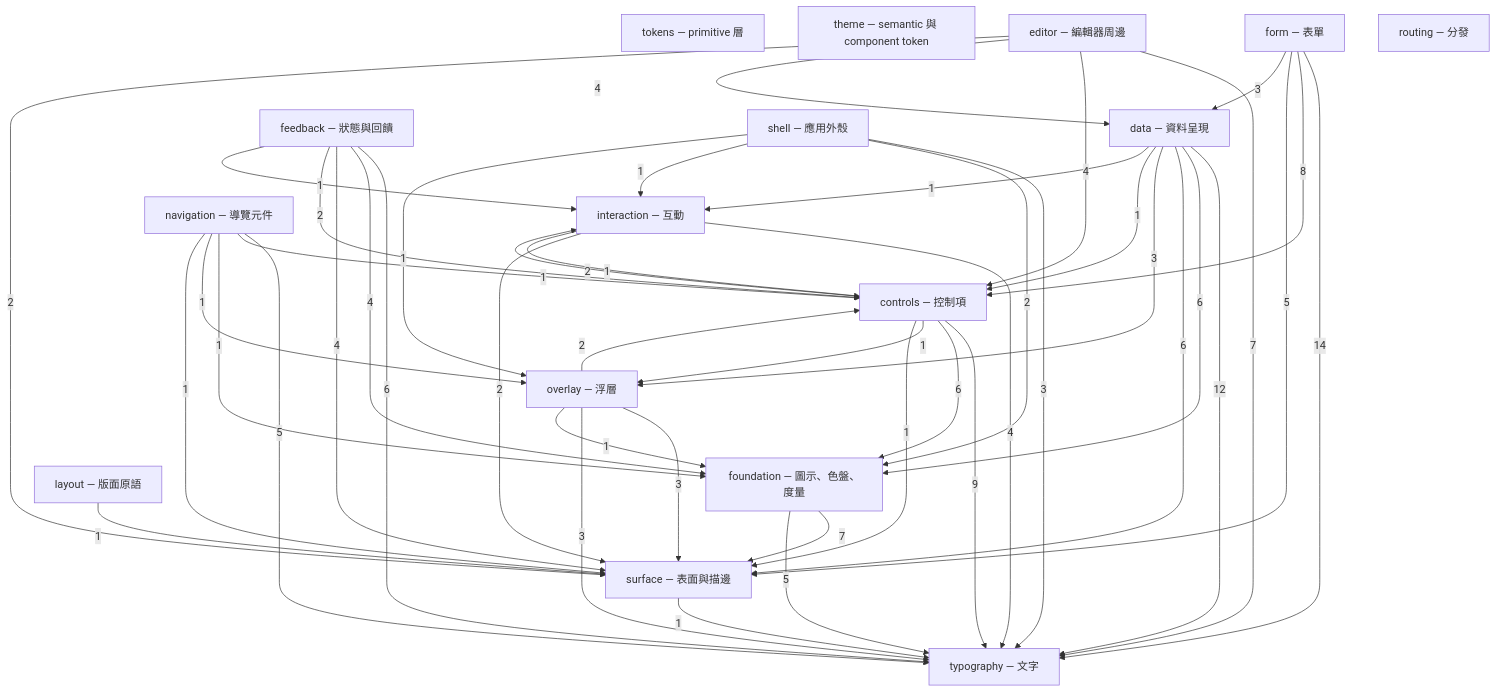
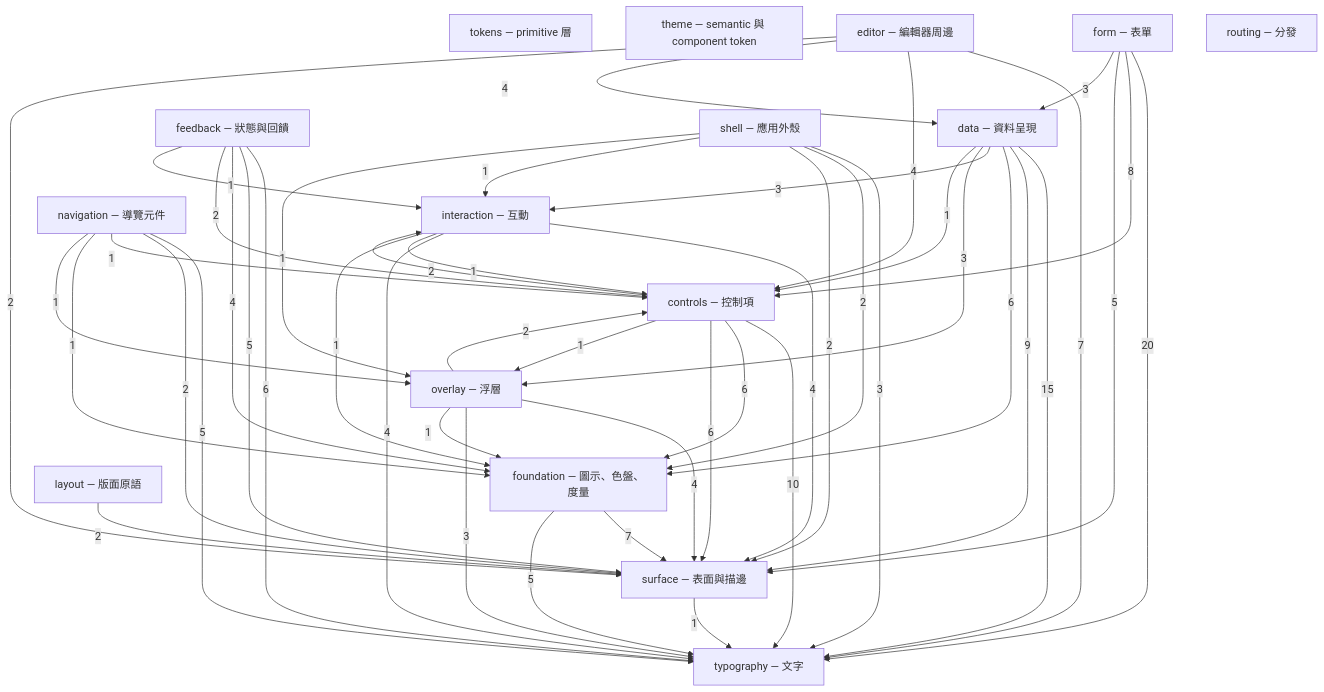
The first of 16 diagrams in spec/component-inventory.md (MiuDog/Kallopis), drawn with Mermaid before and after one commit. The commit also changed other lines of this file and 17 other files, not shown here.

````diff
--- a/spec/component-inventory.md
+++ b/spec/component-inventory.md
@@ -18,63 +18,65 @@
 ```mermaid
 graph TD
   tokens["tokens — primitive 層"]
   theme["theme — semantic 與 component token"]
   foundation["foundation — 圖示、色盤、度量"]
   typography["typography — 文字"]
   surface["surface — 表面與描邊"]
   interaction["interaction — 互動"]
   layout["layout — 版面原語"]
   overlay["overlay — 浮層"]
   controls["controls — 控制項"]
   data["data — 資料呈現"]
   form["form — 表單"]
   feedback["feedback — 狀態與回饋"]
   navigation["navigation — 導覽元件"]
   editor["editor — 編輯器周邊"]
   routing["routing — 分發"]
   shell["shell — 應用外殼"]
-  form -->|14| typography
-  data -->|12| typography
-  controls -->|9| typography
+  form -->|20| typography
+  data -->|15| typography
+  controls -->|10| typography
+  data -->|9| surface
   form -->|8| controls
   editor -->|7| typography
   foundation -->|7| surface
   controls -->|6| foundation
+  controls -->|6| surface
   data -->|6| foundation
-  data -->|6| surface
   feedback -->|6| typography
+  feedback -->|5| surface
   form -->|5| surface
   foundation -->|5| typography
   navigation -->|5| typography
   editor -->|4| controls
   editor -->|4| data
   feedback -->|4| foundation
-  feedback -->|4| surface
+  interaction -->|4| surface
   interaction -->|4| typography
+  overlay -->|4| surface
+  data -->|3| interaction
   data -->|3| overlay
   form -->|3| data
-  overlay -->|3| surface
   overlay -->|3| typography
   shell -->|3| typography
   controls -->|2| interaction
   editor -->|2| surface
   feedback -->|2| controls
-  interaction -->|2| surface
+  layout -->|2| surface
+  navigation -->|2| surface
   overlay -->|2| controls
   shell -->|2| foundation
+  shell -->|2| surface
   controls -->|1| overlay
-  controls -->|1| surface
   data -->|1| controls
-  data -->|1| interaction
   feedback -->|1| interaction
   interaction -->|1| controls
-  layout -->|1| surface
+  interaction -->|1| foundation
   navigation -->|1| controls
   navigation -->|1| foundation
   navigation -->|1| overlay
-  navigation -->|1| surface
   overlay -->|1| foundation
   shell -->|1| interaction
   shell -->|1| overlay
   surface -->|1| typography
 ```
````
